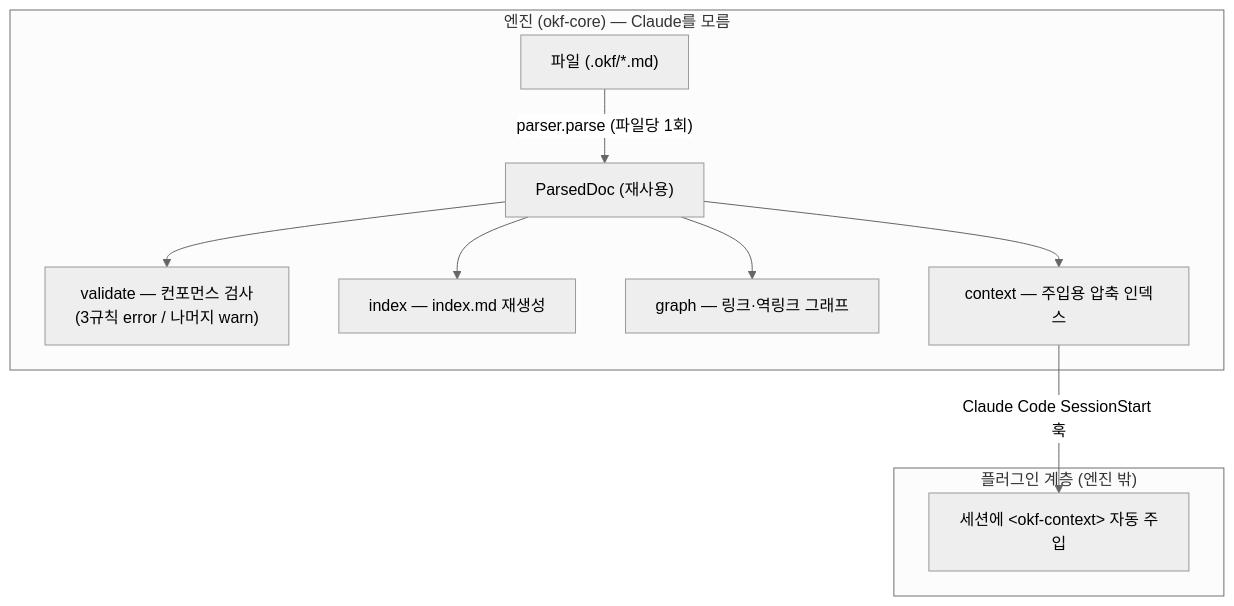
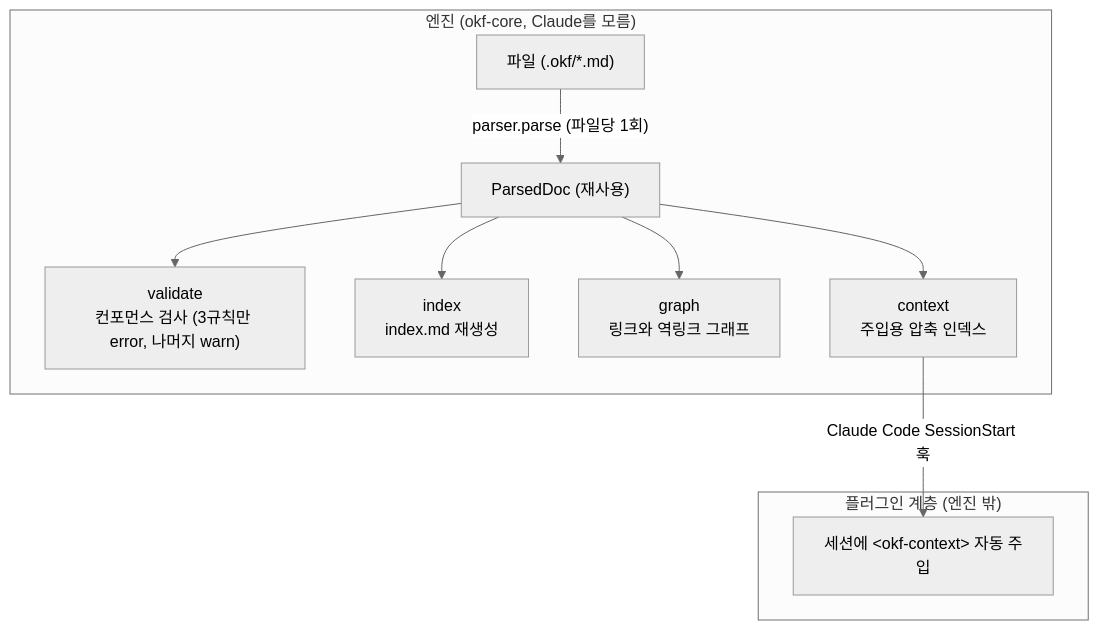
One commit to pmmm114/okf-wiki-plugin changed the diagram in README.md. Above: the diagram before and after it, drawn with Mermaid (neutral theme). The commit also changed other lines of this file, not shown here.

````diff
--- a/README.md
+++ b/README.md
@@ -163,14 +174,14 @@
 ```mermaid
 flowchart TD
-    subgraph engine["엔진 (okf-core) — Claude를 모름"]
+    subgraph engine["엔진 (okf-core, Claude를 모름)"]
         F["파일 (.okf/*.md)"] -->|"parser.parse (파일당 1회)"| P["ParsedDoc (재사용)"]
-        P --> V["validate — 컨포먼스 검사<br/>(3규칙 error / 나머지 warn)"]
-        P --> I["index — index.md 재생성"]
-        P --> G["graph — 링크·역링크 그래프"]
-        P --> C["context — 주입용 압축 인덱스"]
+        P --> V["validate<br/>컨포먼스 검사 (3규칙만 error, 나머지 warn)"]
+        P --> I["index<br/>index.md 재생성"]
+        P --> G["graph<br/>링크와 역링크 그래프"]
+        P --> C["context<br/>주입용 압축 인덱스"]
     end
     subgraph plugin["플러그인 계층 (엔진 밖)"]
         O["세션에 &lt;okf-context&gt; 자동 주입"]
     end
     C -->|"Claude Code SessionStart 훅"| O
 ```
````
